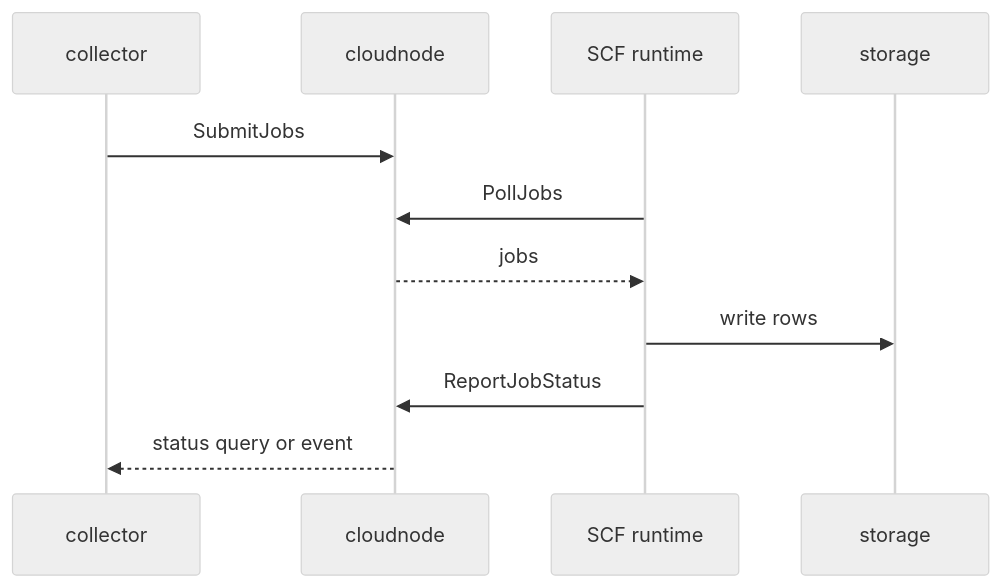
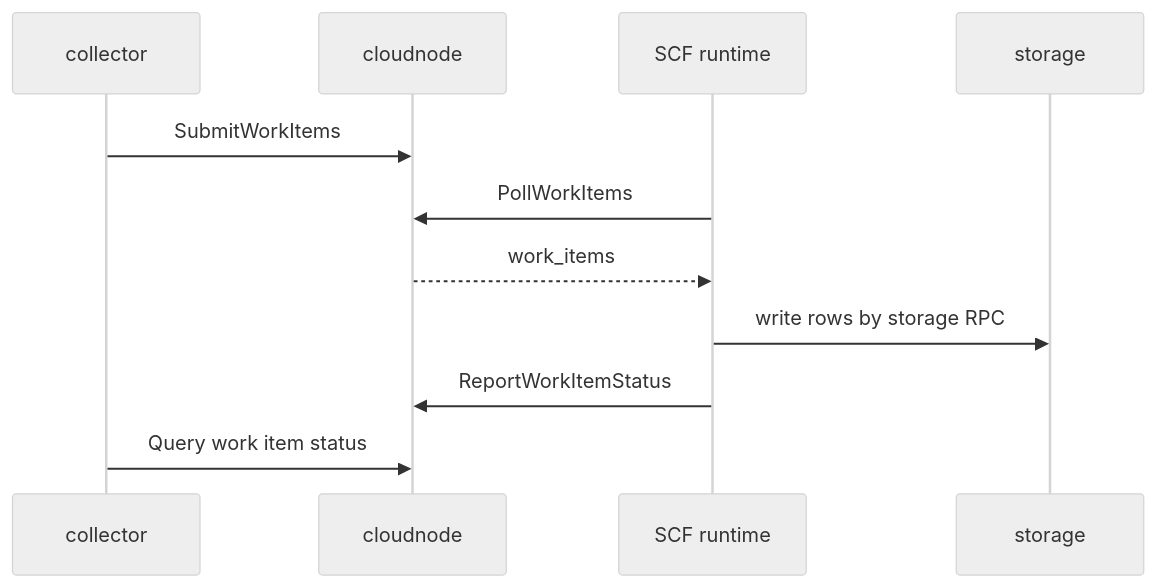
The second of 3 diagrams in docs/云节点执行平台架构.md (mooyang-code/moox), drawn with Mermaid (neutral theme) before and after one commit. The commit also changed other lines of this file and 811 other files, not shown here.

````diff
--- a/docs/云节点执行平台架构.md
+++ b/docs/云节点执行平台架构.md
@@ -176,14 +195,14 @@
 ```mermaid
 sequenceDiagram
   participant Collector as collector
   participant CloudNode as cloudnode
   participant SCF as SCF runtime
   participant Storage as storage
 
-  Collector->>CloudNode: SubmitJobs
-  SCF->>CloudNode: PollJobs
-  CloudNode-->>SCF: jobs
-  SCF->>Storage: write rows
-  SCF->>CloudNode: ReportJobStatus
-  CloudNode-->>Collector: status query or event
+  Collector->>CloudNode: SubmitWorkItems
+  SCF->>CloudNode: PollWorkItems
+  CloudNode-->>SCF: work_items
+  SCF->>Storage: write rows by storage RPC
+  SCF->>CloudNode: ReportWorkItemStatus
+  Collector->>CloudNode: Query work item status
 ```
````
